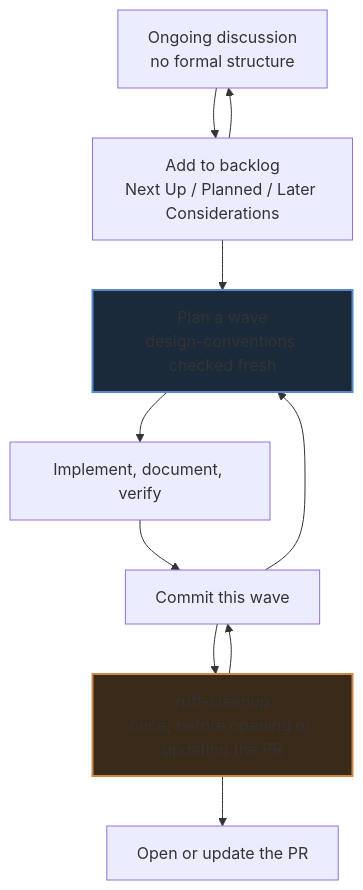
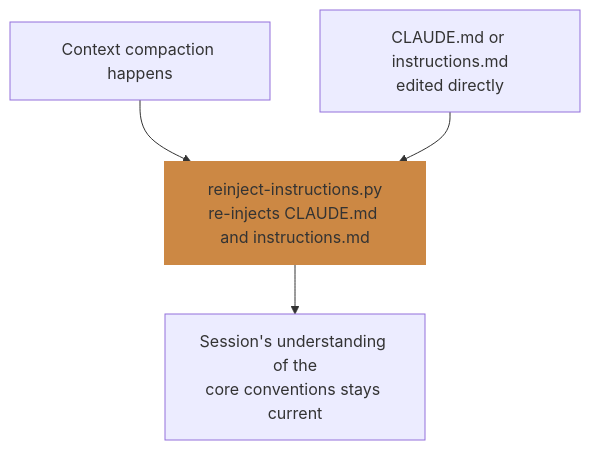
The third of 4 diagrams in docs/04-working-with-the-harness.md (Peter-Ewald/agents), drawn with Mermaid before and after one commit. The commit also changed other lines of this file and 8 other files, not shown here.

````diff
--- a/docs/04-working-with-the-harness.md
+++ b/docs/04-working-with-the-harness.md
@@ -76,15 +130,8 @@
 ```mermaid
 graph TD
-  Disc["Ongoing discussion<br/>no formal structure"] --> BL["Add to backlog<br/>Next Up / Planned / Later Considerations"]
-  BL --> Disc
-  BL --> Plan["Plan a wave<br/>design-conventions checked fresh"]
-  Plan --> Run["Implement, document, verify"]
-  Run --> Commit["Commit this wave"]
-  Commit --> Plan
-  Commit --> Cleanup["ruff-cleanup<br/>once, before opening or updating the PR"]
-  Cleanup --> Commit
-  Cleanup --> PR["Open or update the PR"]
+  C["Context compaction happens"] --> R["reinject-instructions.py<br/>re-injects CLAUDE.md and instructions.md"]
+  E["CLAUDE.md or instructions.md<br/>edited directly"] --> R
+  R --> F["Session's understanding of the<br/>core conventions stays current"]
 
-  style Plan fill:#1a2a3a,stroke:#5588cc,stroke-width:2px
-  style Cleanup fill:#3a2a1a,stroke:#cc8844,stroke-width:2px
+  style R fill:#cc8844,stroke:#cc8844,stroke-width:2px
 ```
````
